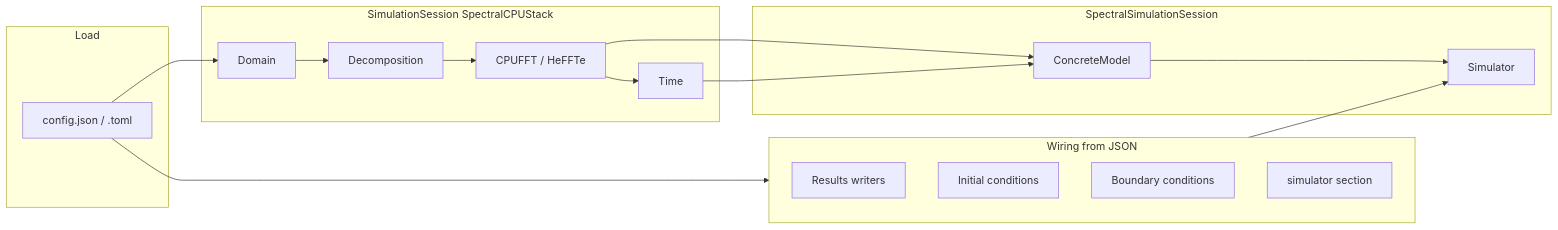
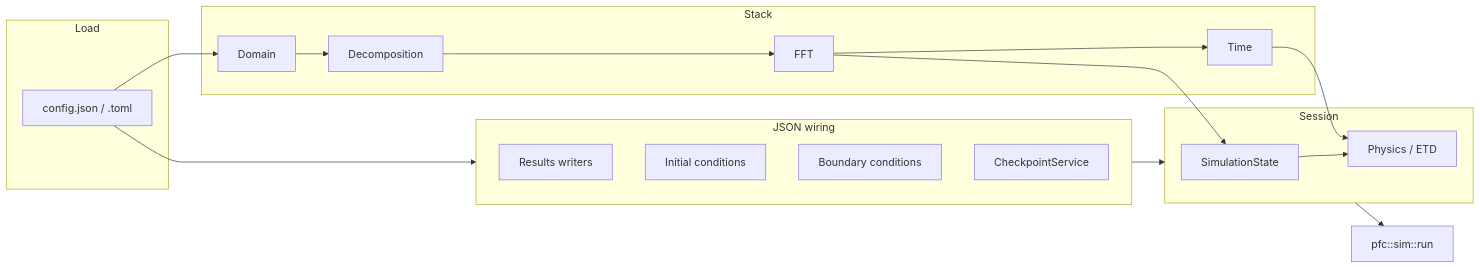
One commit to VTT-ProperTune/OpenPFC changed the diagram in docs/user_guide/app_pipeline.md. Above: the diagram before and after it, drawn with Mermaid. The commit also changed other lines of this file and 19 other files, not shown here.

````diff
--- a/docs/user_guide/app_pipeline.md
+++ b/docs/user_guide/app_pipeline.md
@@ -14,28 +22,29 @@
 ```mermaid
 flowchart LR
   subgraph load [Load]
     A[config.json / .toml]
   end
-  subgraph stack [SimulationSession SpectralCPUStack]
+  subgraph stack [Stack]
     W[Domain]
     D[Decomposition]
-    F[CPUFFT / HeFFTe]
+    F[FFT]
     T[Time]
   end
-  subgraph session [SpectralSimulationSession]
-    M[ConcreteModel]
-    S[Simulator]
+  subgraph session [Session]
+    ST[SimulationState]
+    P[Physics / ETD]
   end
-  subgraph wire [Wiring from JSON]
+  subgraph wire [JSON wiring]
     RW[Results writers]
     IC[Initial conditions]
     BC[Boundary conditions]
-    SM[simulator section]
+    CK[CheckpointService]
   end
   A --> W --> D --> F --> T
-  F --> M
-  T --> M
-  M --> S
+  F --> ST
+  T --> P
+  ST --> P
   A --> wire
-  wire --> S
+  wire --> session
+  session --> Driver["pfc::sim::run"]
 ```
````
